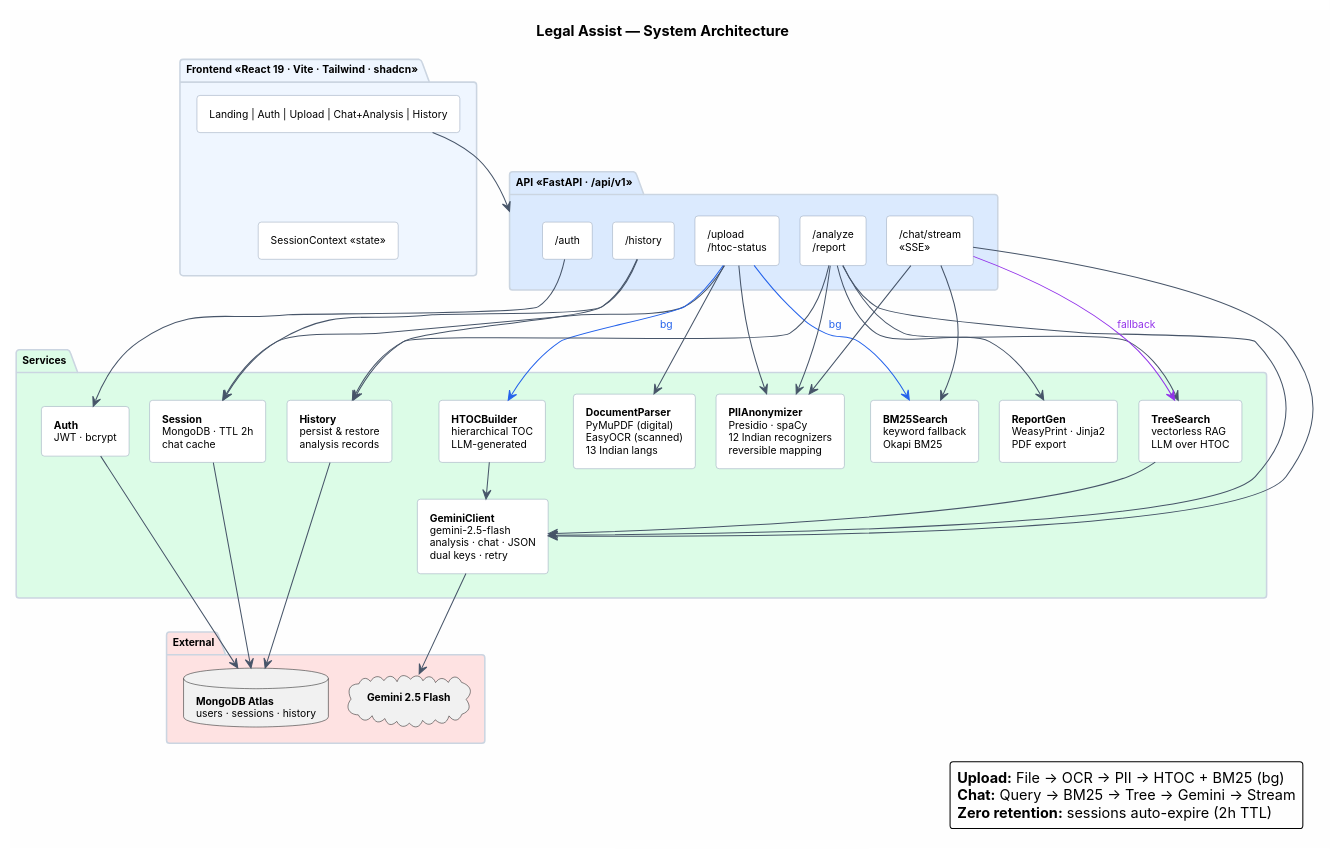
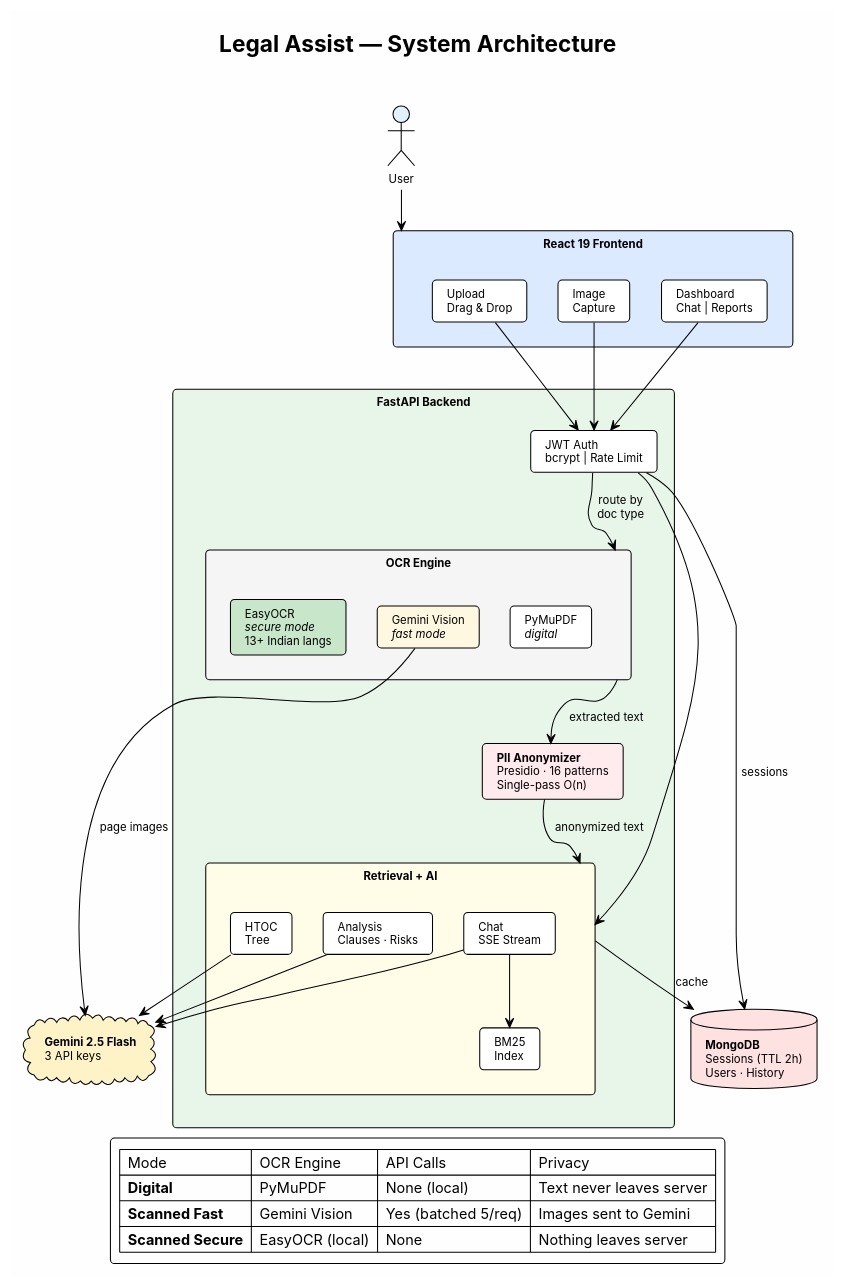
One commit to adityaa2404/legal-assist changed the diagram in docs/architecture.puml. Above: the diagram before and after it, drawn with PlantUML. The commit also changed 2 other files, not shown here.

Commit message:
update README with architecture diagrams and benchmark results

```diff
--- a/docs/architecture.puml
+++ b/docs/architecture.puml
@@ -1,108 +1,83 @@
-@startuml Legal Assist
+@startuml Legal Assist - Architecture
 
+!theme plain
 skinparam backgroundColor #FEFEFE
 skinparam defaultFontName Inter
-skinparam defaultFontSize 10
+skinparam defaultFontSize 11
 skinparam shadowing false
-skinparam roundCorner 6
-skinparam padding 2
-skinparam packageBorderColor #CBD5E1
-skinparam rectangleBorderColor #94A3B8
-skinparam rectangleBackgroundColor #FFFFFF
-skinparam arrowColor #475569
-skinparam nodesep 20
-skinparam ranksep 25
-skinparam packagePadding 10
+skinparam roundCorner 8
+skinparam nodesep 30
+skinparam ranksep 30
+skinparam padding 4
 
-title **Legal Assist** — System Architecture
+title **Legal Assist** — System Architecture\n
 
-' ═══════════ FRONTEND ═══════════
+' ═══════════ TOP ROW: CLIENT ═══════════
+actor "User" as U #E0F2FE
 
-package "Frontend  «React 19 · Vite · Tailwind · shadcn»" as FE #EFF6FF {
-    rectangle "Landing | Auth | Upload | Chat+Analysis | History" as Pages
-    rectangle "SessionContext «state»" as SC
-    Pages -[hidden]- SC
+rectangle "**React 19 Frontend**" as FE #DBEAFE {
+    card "Upload\nDrag & Drop" as Upload
+    card "Image\nCapture" as Capture
+    card "Dashboard\nChat | Reports" as Dash
 }
 
-' ═══════════ API ═══════════
+' ═══════════ MIDDLE: BACKEND ═══════════
+rectangle "**FastAPI Backend**" as BE #E8F5E9 {
 
-package "API  «FastAPI · /api/v1»" as API #DBEAFE {
-    rectangle "/auth" as AuthR
-    rectangle "/upload\n/htoc-status" as DocR
-    rectangle "/analyze\n/report" as AnaR
-    rectangle "/chat/stream\n«SSE»" as ChatR
-    rectangle "/history" as HistR
-}
+    card "JWT Auth\nbcrypt | Rate Limit" as Auth
 
-' ═══════════ SERVICES ═══════════
+    rectangle "OCR Engine" as OCR #F5F5F5 {
+        card "PyMuPDF\n//digital//" as PyMu
+        card "Gemini Vision\n//fast mode//" as GVision #FFF8E1
+        card "EasyOCR\n//secure mode//\n13+ Indian langs" as EasyOCR #C8E6C9
+    }
 
-package "Services" as SVC #DCFCE7 {
-    together {
-        rectangle "**Auth**\nJWT · bcrypt" as AuthS
-        rectangle "**Session**\nMongoDB · TTL 2h\nchat cache" as SS
-        rectangle "**History**\npersist & restore\nanalysis records" as HS
-    }
-    together {
-        rectangle "**DocumentParser**\nPyMuPDF (digital)\nEasyOCR (scanned)\n13 Indian langs" as DocP
-        rectangle "**PIIAnonymizer**\nPresidio · spaCy\n12 Indian recognizers\nreversible mapping" as PII
-    }
-    together {
-        rectangle "**GeminiClient**\ngemini-2.5-flash\nanalysis · chat · JSON\ndual keys · retry" as GC
-        rectangle "**HTOCBuilder**\nhierarchical TOC\nLLM-generated" as HTOC
-    }
-    together {
-        rectangle "**TreeSearch**\nvectorless RAG\nLLM over HTOC" as TS
-        rectangle "**BM25Search**\nkeyword fallback\nOkapi BM25" as BM25
-        rectangle "**ReportGen**\nWeasyPrint · Jinja2\nPDF export" as RG
+    card "**PII Anonymizer**\nPresidio · 16 patterns\nSingle-pass O(n)" as PII #FFEBEE
+
+    rectangle "Retrieval + AI" as RAG #FFFDE7 {
+        card "HTOC\nTree" as HTOC
+        card "BM25\nIndex" as BM25
+        card "Analysis\nClauses · Risks" as Ana
+        card "Chat\nSSE Stream" as Chat
     }
 }
 
-' ═══════════ EXTERNAL ═══════════
+' ═══════════ BOTTOM: EXTERNAL ═══════════
+database "**MongoDB**\nSessions (TTL 2h)\nUsers · History" as DB #FEE2E2
+cloud "**Gemini 2.5 Flash**\n3 API keys" as Gemini #FEF3C7
 
-package "External" as EXT #FEE2E2 {
-    database "**MongoDB Atlas**\nusers · sessions · history" as DB
-    cloud "**Gemini 2.5 Flash**" as GAPI
-}
+' ═══════════ CLEAN CONNECTIONS ═══════════
 
-' ═══════════ FLOWS ═══════════
+U --> FE
 
-Pages --> API
+Upload --> Auth
+Capture --> Auth
+Dash --> Auth
 
-AuthR --> AuthS
-DocR --> DocP
-DocR --> PII
-DocR --> SS
-DocR -[#2563EB]-> HTOC : <color:#2563EB>bg
-DocR -[#2563EB]-> BM25 : <color:#2563EB>bg
+Auth --> OCR : route by\ndoc type
+Auth --> RAG
 
-AnaR --> TS
-AnaR --> GC
-AnaR --> PII
-AnaR --> RG
-AnaR --> HS
+OCR --> PII : extracted text
+PII --> RAG : anonymized text
 
-ChatR --> BM25
-ChatR -[#9333EA]-> TS : <color:#9333EA>fallback
-ChatR --> GC
-ChatR --> PII
+' OCR to Gemini
+GVision --> Gemini : page images
 
-HistR --> HS
-HistR --> SS
+' RAG to externals
+HTOC --> Gemini
+Ana --> Gemini
+Chat --> Gemini
+Chat --> BM25
 
-HTOC --> GC
-TS --> GC
-
-AuthS --> DB
-SS --> DB
-HS --> DB
-GC --> GAPI
+RAG --> DB : cache
+Auth --> DB : sessions
 
 ' ═══════════ LEGEND ═══════════
-
-legend bottom right
-  **Upload:** File → OCR → PII → HTOC + BM25 (bg)
-  **Chat:** Query → BM25 → Tree → Gemini → Stream
-  **Zero retention:** sessions auto-expire (2h TTL)
-endlegend
+legend bottom
+  | Mode | OCR Engine | API Calls | Privacy |
+  | **Digital** | PyMuPDF | None (local) | Text never leaves server |
+  | **Scanned Fast** | Gemini Vision | Yes (batched 5/req) | Images sent to Gemini |
+  | **Scanned Secure** | EasyOCR (local) | None | Nothing leaves server |
+end legend
 
 @enduml
```
